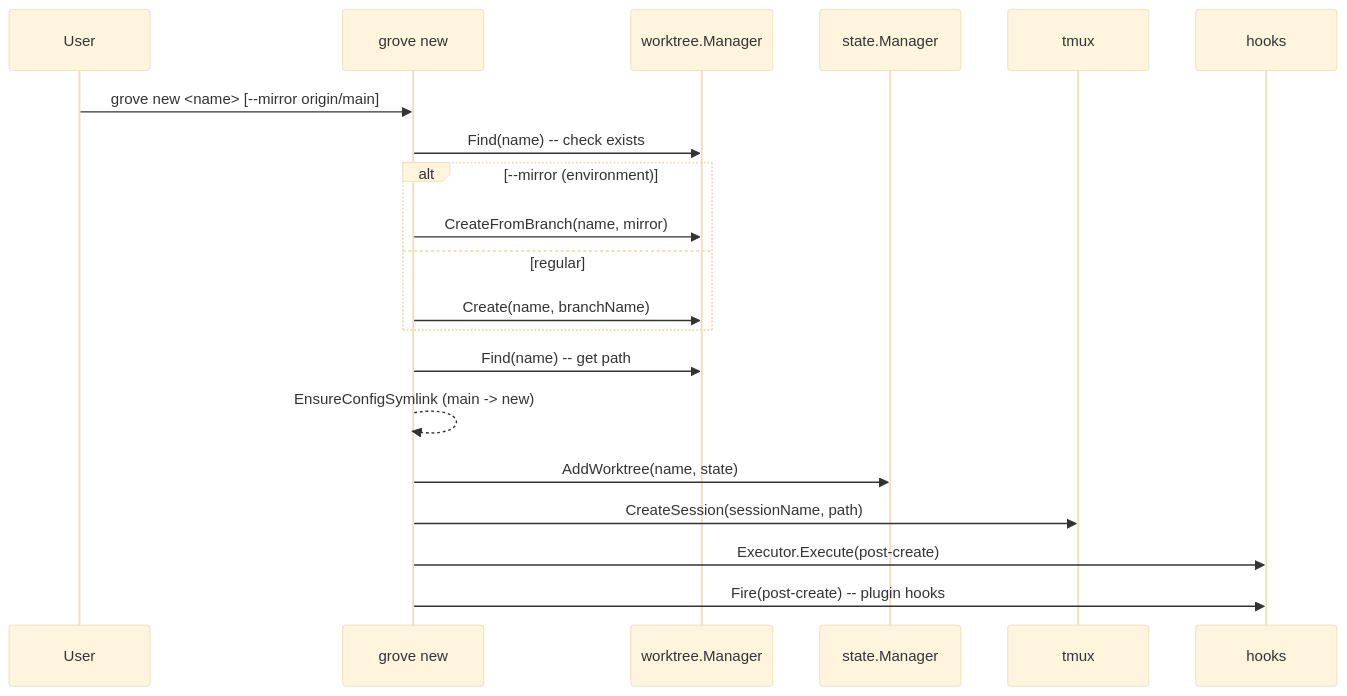
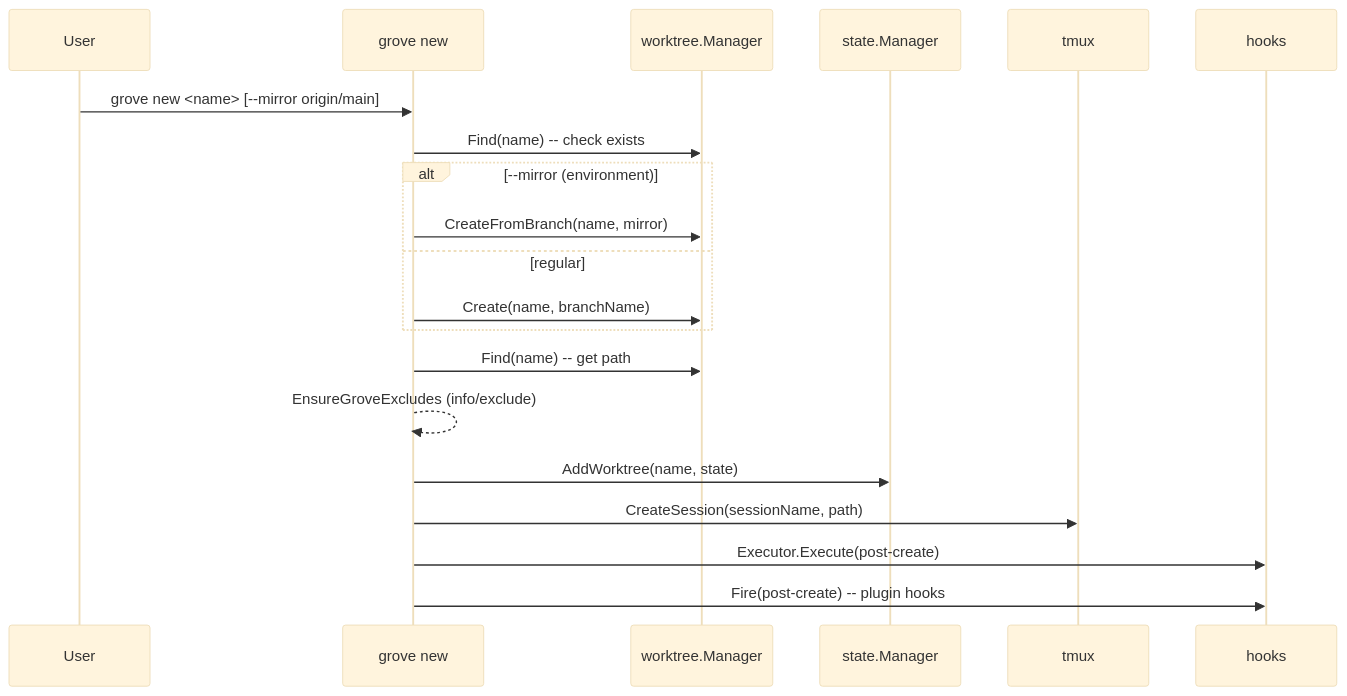
Before and after one commit to lost-in-the/grove: the fourth of 7 diagrams in docs/DATA_FLOWS.md, drawn with Mermaid (base theme). The commit also changed other lines of this file and 132 other files, not shown here.

````diff
--- a/docs/DATA_FLOWS.md
+++ b/docs/DATA_FLOWS.md
@@ -285,23 +285,23 @@
 ```mermaid
 sequenceDiagram
     participant U as User
     participant N as grove new
     participant W as worktree.Manager
     participant S as state.Manager
     participant T as tmux
     participant H as hooks
 
     U->>N: grove new <name> [--mirror origin/main]
     N->>W: Find(name) -- check exists
     alt --mirror (environment)
         N->>W: CreateFromBranch(name, mirror)
     else regular
         N->>W: Create(name, branchName)
     end
     N->>W: Find(name) -- get path
-    N-->>N: EnsureConfigSymlink (main -> new)
+    N-->>N: EnsureGroveExcludes (info/exclude)
     N->>S: AddWorktree(name, state)
     N->>T: CreateSession(sessionName, path)
     N->>H: Executor.Execute(post-create)
     N->>H: Fire(post-create) -- plugin hooks
 ```
````
